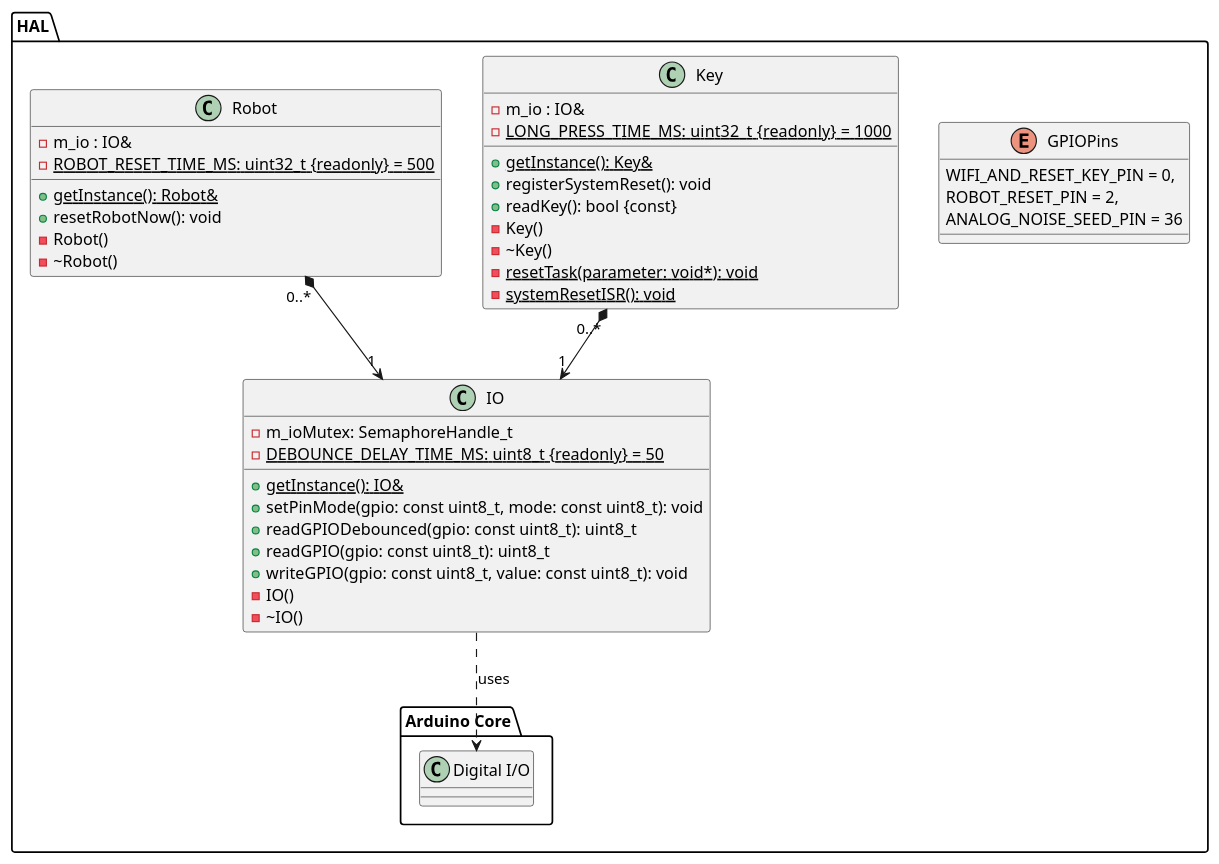
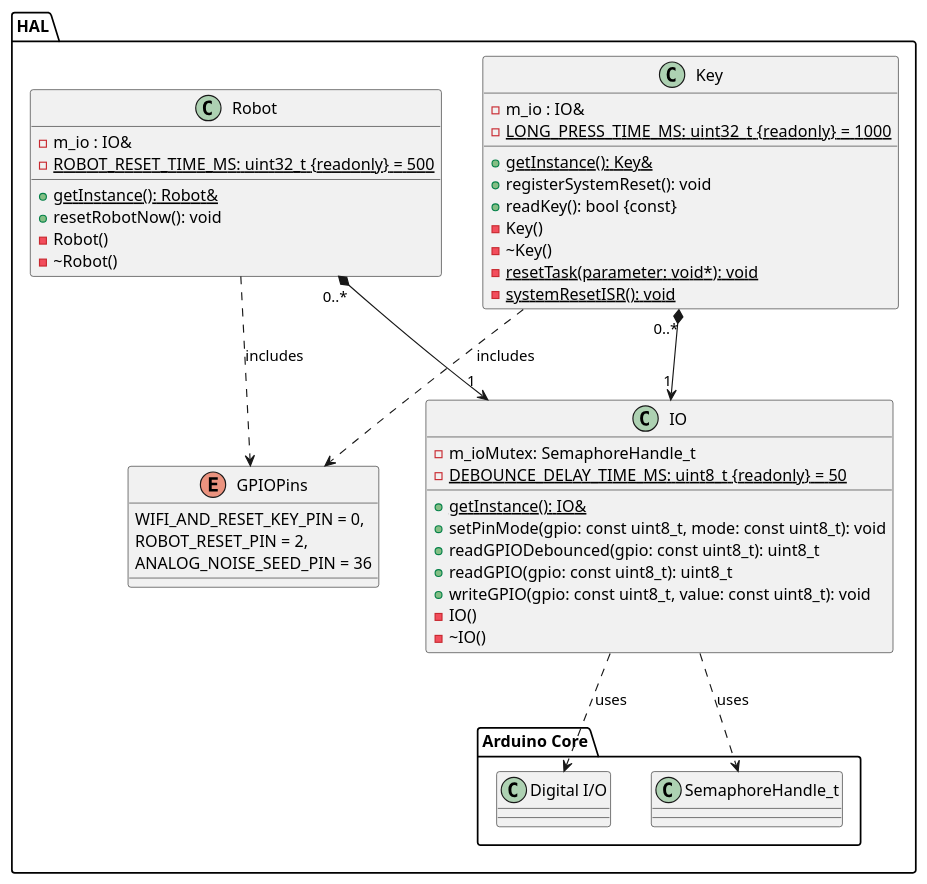
The diagram in doc/design/server/ClassDiagrams/01_HAL.plantuml (NewTec-GmbH/ZumoComSystem), drawn with PlantUML before and after one commit. The commit also changed 9 other files, not shown here.

Commit message:
refactor(server): Update design diagrams #65

```diff
--- a/doc/design/server/ClassDiagrams/01_HAL.plantuml
+++ b/doc/design/server/ClassDiagrams/01_HAL.plantuml
@@ -1,55 +1,59 @@
 @startuml
 package HAL
 {
     package "Arduino Core"
     {
         class "Digital I/O" as ArduinoIO
+        class SemaphoreHandle_t 
     }
 
     enum GPIOPins
     {
         WIFI_AND_RESET_KEY_PIN = 0,
         ROBOT_RESET_PIN = 2,
         ANALOG_NOISE_SEED_PIN = 36
     }
 
     class IO
     {
         - m_ioMutex: SemaphoreHandle_t
         {static} - DEBOUNCE_DELAY_TIME_MS: uint8_t {readonly} = 50
         + {static} getInstance(): IO&
         + setPinMode(gpio: const uint8_t, mode: const uint8_t): void
         + readGPIODebounced(gpio: const uint8_t): uint8_t
         + readGPIO(gpio: const uint8_t): uint8_t
         + writeGPIO(gpio: const uint8_t, value: const uint8_t): void
         - IO()
         - ~IO()
     }
     IO  ..> ArduinoIO : uses
+    IO  ..> SemaphoreHandle_t : uses
 
     class Key
     {
         - m_io : IO&
         {static} - LONG_PRESS_TIME_MS: uint32_t {readonly}  = 1000
         {static} + getInstance(): Key&
         + registerSystemReset(): void
         + readKey(): bool {const}
         - Key()
         - ~Key()
         - {static} resetTask(parameter: void*): void
         - {static} systemResetISR(): void
     }
     Key "0..*" *--> "1" IO
+    Key ..> GPIOPins : includes
 
     class Robot
     {
         - m_io : IO&
         {static} - ROBOT_RESET_TIME_MS: uint32_t {readonly} = 500
         {static} + getInstance(): Robot&
         + resetRobotNow(): void
         - Robot()
         - ~Robot()
     }
     Robot "0..*" *--> "1" IO
+    Robot ..> GPIOPins : includes
 }
 @enduml
```
